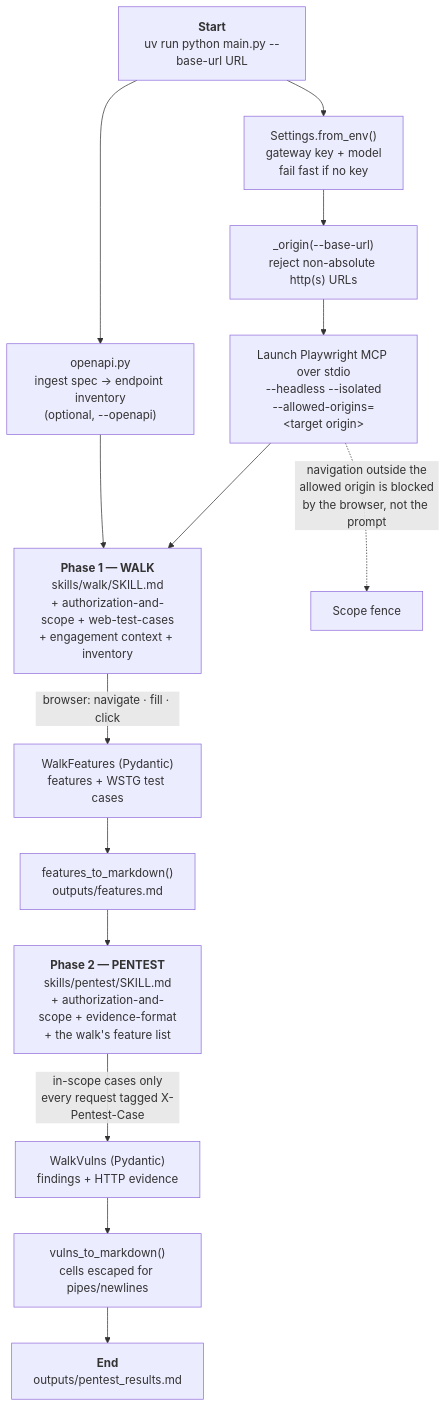
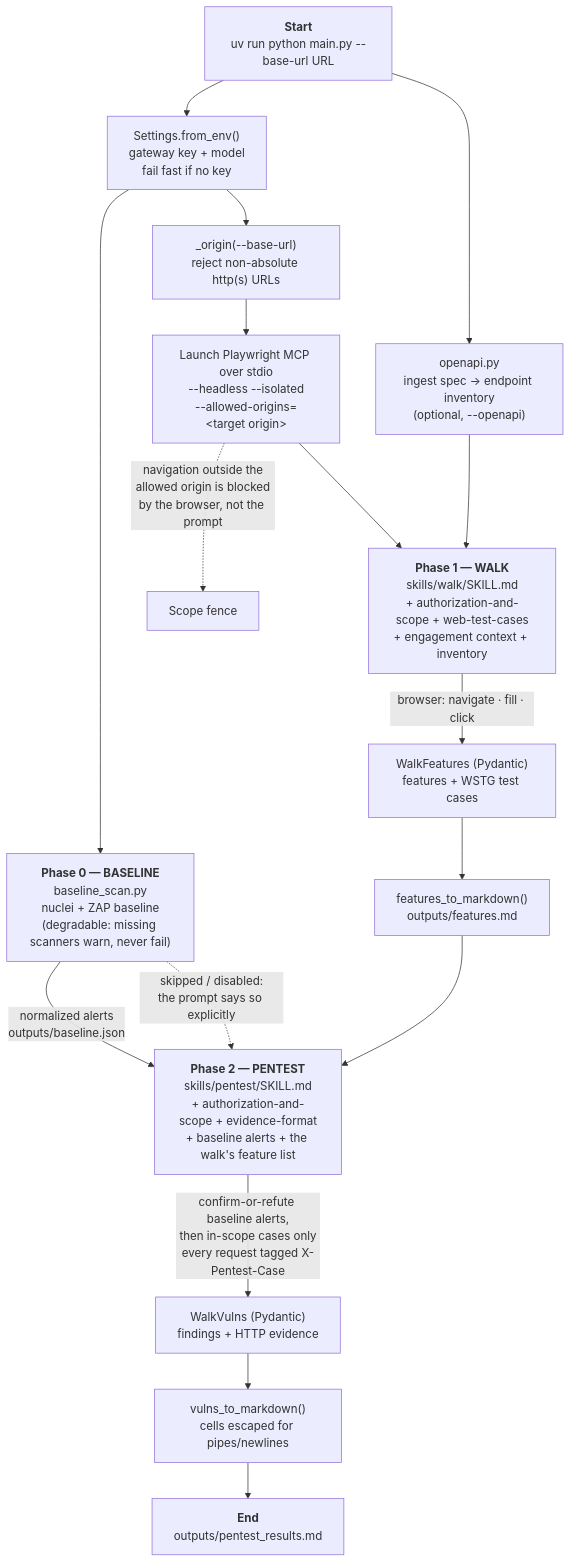
Before and after one commit to zidaniel123/dast-agent: the diagram in README.md, drawn with Mermaid. The commit also changed other lines of this file and 6 other files, not shown here.

First line of the commit message:
Add deterministic nuclei + ZAP baseline (Phase 0) before agent phases

````diff
--- a/README.md
+++ b/README.md
@@ -24,21 +24,25 @@
 ```mermaid
 flowchart TD
     A["<b>Start</b><br/>uv run python main.py --base-url URL"] --> B["Settings.from_env()<br/>gateway key + model<br/>fail fast if no key"]
     B --> C["_origin(--base-url)<br/>reject non-absolute http(s) URLs"]
     C --> D["Launch Playwright MCP over stdio<br/>--headless --isolated<br/>--allowed-origins=&lt;target origin&gt;"]
 
     A --> E["openapi.py<br/>ingest spec → endpoint inventory<br/>(optional, --openapi)"]
 
+    B --> N["<b>Phase 0 — BASELINE</b><br/>baseline_scan.py<br/>nuclei + ZAP baseline<br/>(degradable: missing scanners warn, never fail)"]
+    N -->|"normalized alerts<br/>outputs/baseline.json"| I
+    N -.->|"skipped / disabled:<br/>the prompt says so explicitly"| I
+
     D --> F["<b>Phase 1 — WALK</b><br/>skills/walk/SKILL.md<br/>+ authorization-and-scope + web-test-cases<br/>+ engagement context + inventory"]
     E --> F
     F -->|"browser: navigate · fill · click"| G["WalkFeatures (Pydantic)<br/>features + WSTG test cases"]
     G --> H["features_to_markdown()<br/>outputs/features.md"]
 
-    H --> I["<b>Phase 2 — PENTEST</b><br/>skills/pentest/SKILL.md<br/>+ authorization-and-scope + evidence-format<br/>+ the walk's feature list"]
-    I -->|"in-scope cases only<br/>every request tagged X-Pentest-Case"| J["WalkVulns (Pydantic)<br/>findings + HTTP evidence"]
+    H --> I["<b>Phase 2 — PENTEST</b><br/>skills/pentest/SKILL.md<br/>+ authorization-and-scope + evidence-format<br/>+ baseline alerts + the walk's feature list"]
+    I -->|"confirm-or-refute baseline alerts,<br/>then in-scope cases only<br/>every request tagged X-Pentest-Case"| J["WalkVulns (Pydantic)<br/>findings + HTTP evidence"]
 
     J --> K["vulns_to_markdown()<br/>cells escaped for pipes/newlines"]
     K --> L["<b>End</b><br/>outputs/pentest_results.md"]
 
     D -.->|"navigation outside the<br/>allowed origin is blocked<br/>by the browser, not the prompt"| M["Scope fence"]
 ```
````
